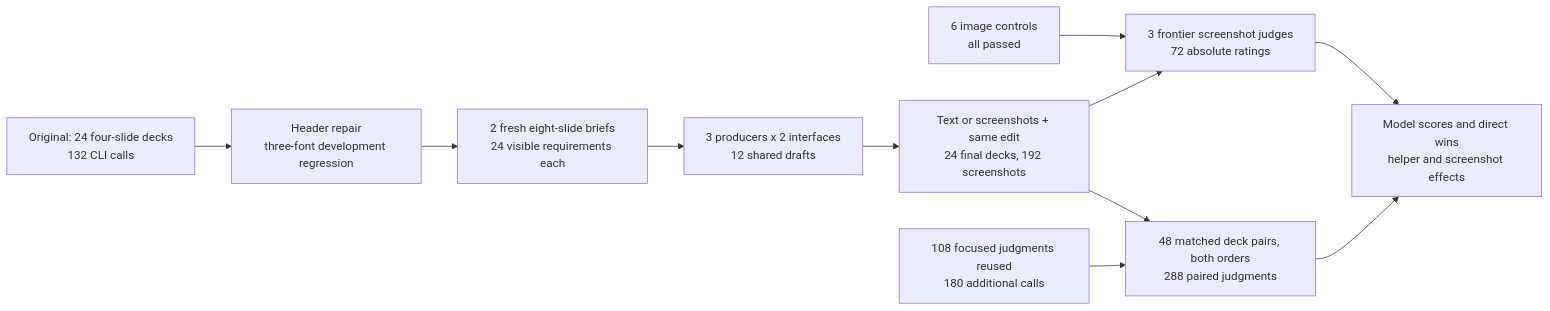
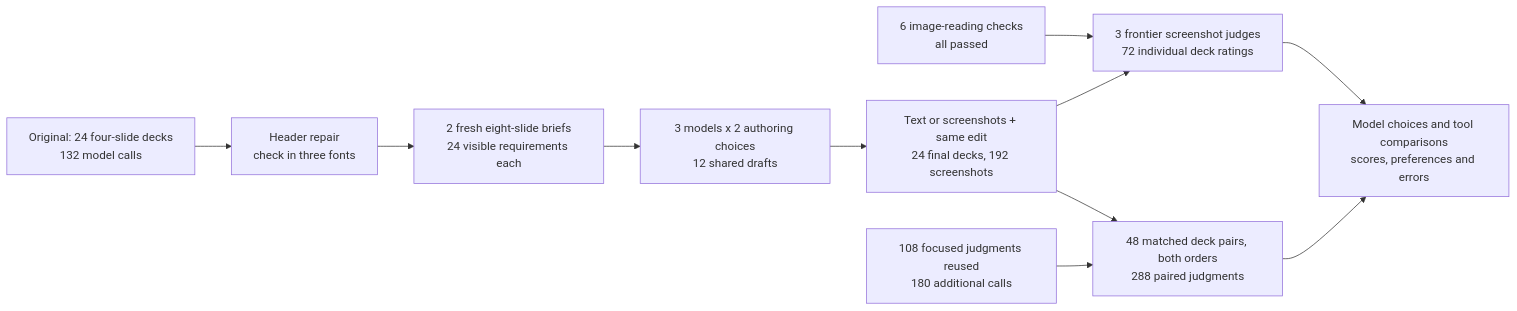
Before and after one commit to k-sandhu/experiment-notebooks: the diagram in notebooks/19-powerpoint-harness/README.md, drawn with Mermaid. The commit also changed other lines of this file, not shown here.

Commit message:
Explain notebook 19 model and harness choices in plain language

````diff
--- a/notebooks/19-powerpoint-harness/README.md
+++ b/notebooks/19-powerpoint-harness/README.md
@@ -87,13 +126,13 @@
 ```mermaid
 flowchart LR
-    old["Original: 24 four-slide decks<br/>132 CLI calls"] --> fix["Header repair<br/>three-font development regression"]
+    old["Original: 24 four-slide decks<br/>132 model calls"] --> fix["Header repair<br/>check in three fonts"]
     fix --> data["2 fresh eight-slide briefs<br/>24 visible requirements each"]
-    data --> draft["3 producers x 2 interfaces<br/>12 shared drafts"]
+    data --> draft["3 models x 2 authoring choices<br/>12 shared drafts"]
     draft --> edits["Text or screenshots + same edit<br/>24 final decks, 192 screenshots"]
-    controls["6 image controls<br/>all passed"] --> judges
-    edits --> judges["3 frontier screenshot judges<br/>72 absolute ratings"]
+    controls["6 image-reading checks<br/>all passed"] --> judges
+    edits --> judges["3 frontier screenshot judges<br/>72 individual deck ratings"]
     edits --> pairs["48 matched deck pairs, both orders<br/>288 paired judgments"]
     reused["108 focused judgments reused<br/>180 additional calls"] --> pairs
-    judges --> results["Model scores and direct wins<br/>helper and screenshot effects"]
+    judges --> results["Model choices and tool comparisons<br/>scores, preferences and errors"]
     pairs --> results
 ```
````
